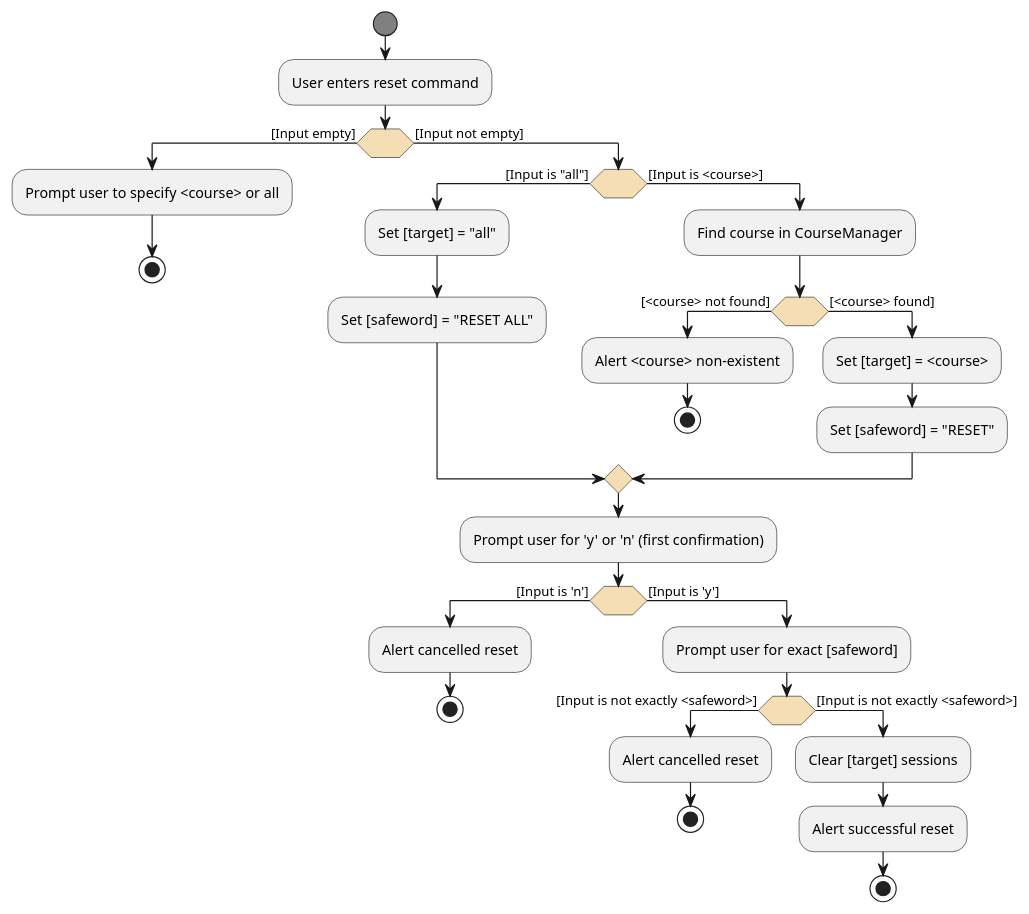
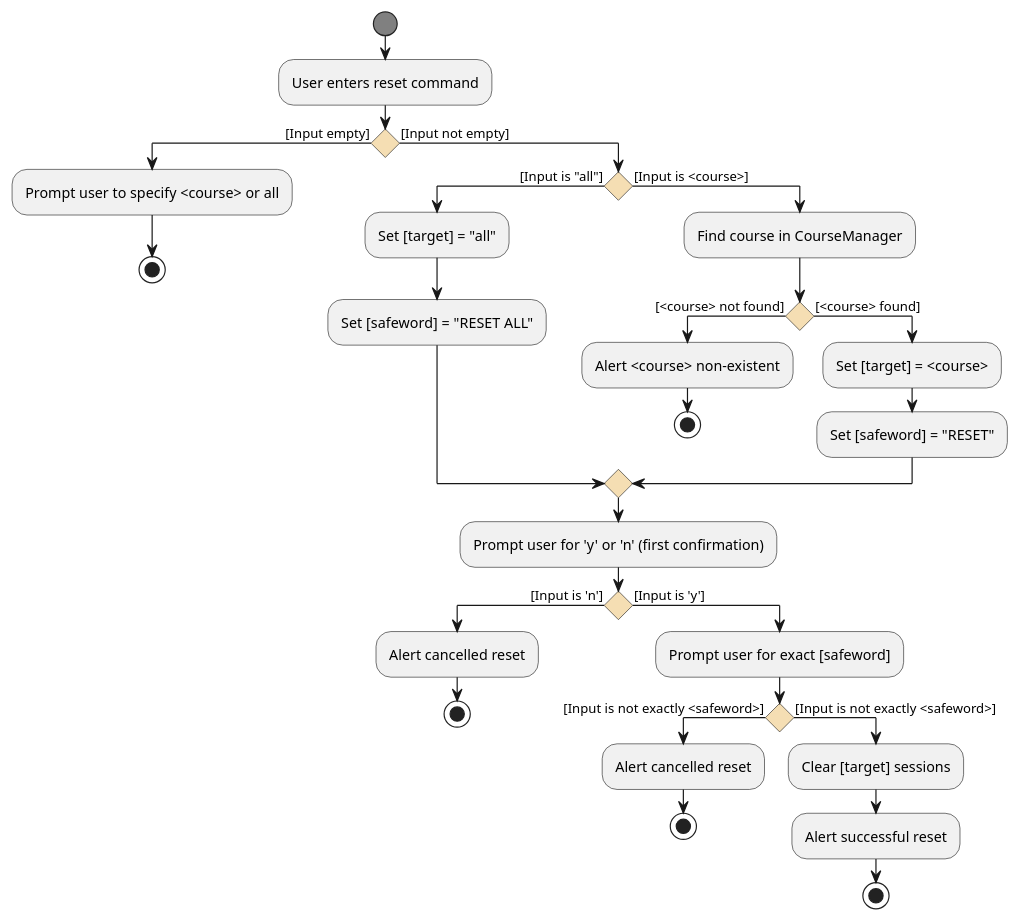
Before and after one commit to t-kandasami/tp: the diagram in docs/diagrams/ResetFunctionDiagram.puml, drawn with PlantUML. The commit also changed 1 other file, not shown here.

Commit message:
fix: Update reset actvitiy diagram to match course requirements

```diff
--- a/docs/diagrams/ResetFunctionDiagram.puml
+++ b/docs/diagrams/ResetFunctionDiagram.puml
@@ -1,53 +1,54 @@
 @startuml
 'https://plantuml.com/activity-diagram-beta
 
 skinparam ActivityStartColor #Gray
 skinparam ActivityEndColor #Gray
 skinparam ActivityDiamondBackgroundColor #Wheat
 skinparam Padding 1
 skinparam ParticipantPadding 1
 skinparam BoxPadding 1
+skinparam conditionStyle diamond
 
 start
 
 :User enters reset command;
 
 if () then ([Input empty])
     :Prompt user to specify <course> or all;
     stop
 else ([Input not empty])
 
 if () then ([Input is "all"])
     :Set [target] = "all";
     :Set [safeword] = "RESET ALL";
 
 else ([Input is <course>])
     :Find course in CourseManager;
     if () then ([<course> not found])
         :Alert <course> non-existent;
         stop
     else ([<course> found])
     :Set [target] = <course>;
     :Set [safeword] = "RESET";
     endif
 endif
 
 :Prompt user for 'y' or 'n' (first confirmation);
 
 if () then ([Input is 'n'])
     :Alert cancelled reset;
     stop
 else ([Input is 'y'])
 
 :Prompt user for exact [safeword];
 
 if () then ([Input is not exactly <safeword>])
     :Alert cancelled reset;
     stop
 else ([Input is not exactly <safeword>])
 
 :Clear [target] sessions;
 :Alert successful reset;
 
 stop
 @enduml
```
